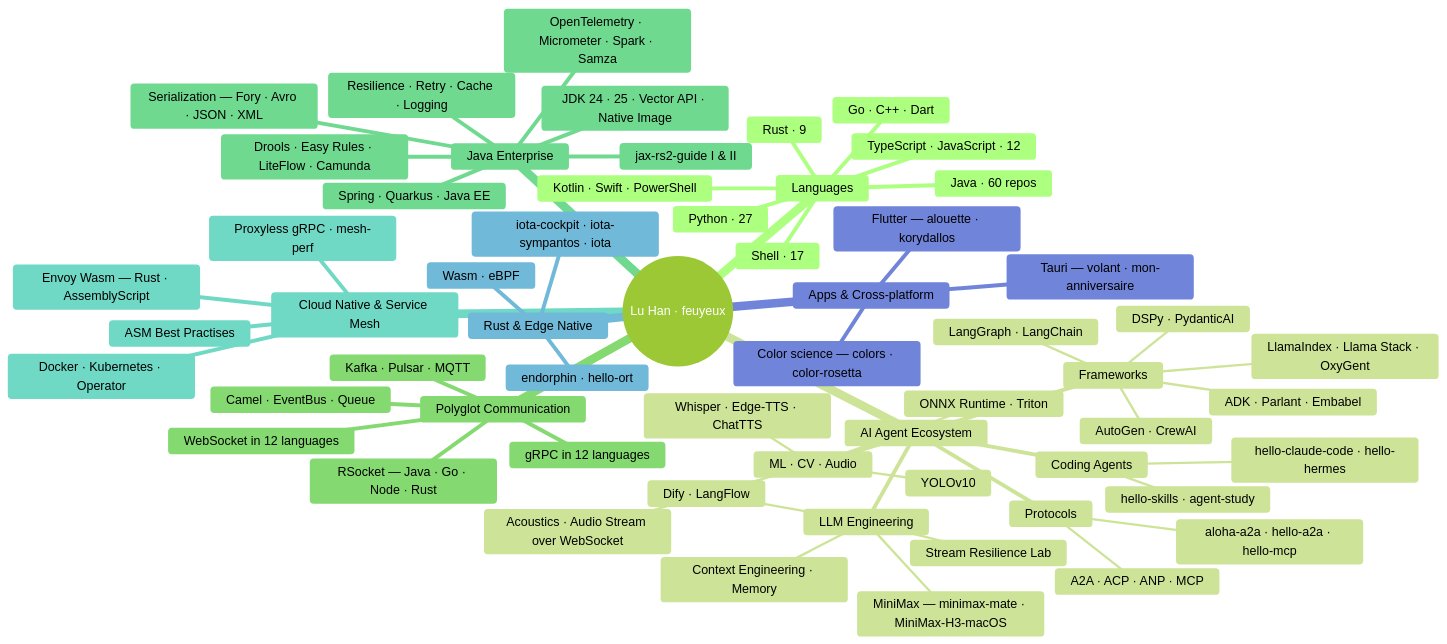
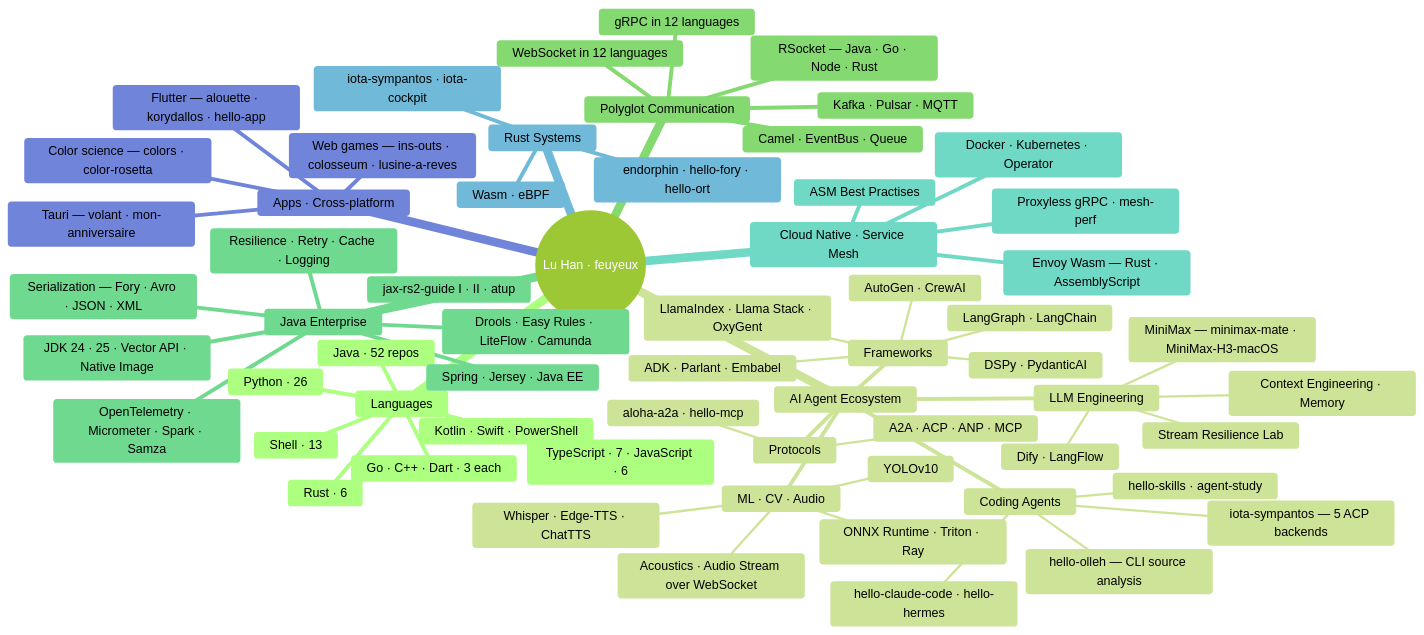
One commit to feuyeux/feuyeux changed the diagram in README.md. Above: the diagram before and after it, drawn with Mermaid (forest theme). The commit also changed other lines of this file, not shown here.

First line of the commit message:
docs: rebuild profile from verified repo data, add xp-iota work

````diff
--- a/README.md
+++ b/README.md
@@ -63,62 +91,65 @@
 ```mermaid
 mindmap
   root((Lu Han · feuyeux))
     Languages
-      Java · 60 repos
-      Python · 27
-      Shell · 17
-      Rust · 9
-      TypeScript · JavaScript · 12
-      Go · C++ · Dart
+      Java · 52 repos
+      Python · 26
+      Shell · 13
+      TypeScript · 7 · JavaScript · 6
+      Rust · 6
+      Go · C++ · Dart · 3 each
       Kotlin · Swift · PowerShell
     AI Agent Ecosystem
       Frameworks
         LangGraph · LangChain
         DSPy · PydanticAI
         AutoGen · CrewAI
         ADK · Parlant · Embabel
         LlamaIndex · Llama Stack · OxyGent
       Protocols
         A2A · ACP · ANP · MCP
-        aloha-a2a · hello-a2a · hello-mcp
+        aloha-a2a · hello-mcp
       Coding Agents
+        iota-sympantos — 5 ACP backends
+        hello-olleh — CLI source analysis
         hello-claude-code · hello-hermes
         hello-skills · agent-study
       LLM Engineering
         Context Engineering · Memory
         Stream Resilience Lab
         Dify · LangFlow
         MiniMax — minimax-mate · MiniMax-H3-macOS
       ML · CV · Audio
-        ONNX Runtime · Triton
+        ONNX Runtime · Triton · Ray
         YOLOv10
         Whisper · Edge-TTS · ChatTTS
         Acoustics · Audio Stream over WebSocket
     Polyglot Communication
       gRPC in 12 languages
       WebSocket in 12 languages
       RSocket — Java · Go · Node · Rust
       Kafka · Pulsar · MQTT
       Camel · EventBus · Queue
     Java Enterprise
-      jax-rs2-guide I & II
-      Spring · Quarkus · Java EE
+      jax-rs2-guide I · II · atup
+      Spring · Jersey · Java EE
       Drools · Easy Rules · LiteFlow · Camunda
       Resilience · Retry · Cache · Logging
       JDK 24 · 25 · Vector API · Native Image
       Serialization — Fory · Avro · JSON · XML
       OpenTelemetry · Micrometer · Spark · Samza
-    Cloud Native & Service Mesh
+    Cloud Native · Service Mesh
       ASM Best Practises
       Proxyless gRPC · mesh-perf
       Envoy Wasm — Rust · AssemblyScript
       Docker · Kubernetes · Operator
-    Rust & Edge Native
-      iota-cockpit · iota-sympantos · iota
+    Rust Systems
+      iota-sympantos · iota-cockpit
+      endorphin · hello-fory · hello-ort
       Wasm · eBPF
-      endorphin · hello-ort
-    Apps & Cross-platform
+    Apps · Cross-platform
       Tauri — volant · mon-anniversaire
-      Flutter — alouette · korydallos
+      Flutter — alouette · korydallos · hello-app
+      Web games — ins-outs · colosseum · lusine-a-reves
       Color science — colors · color-rosetta
 ```
````
